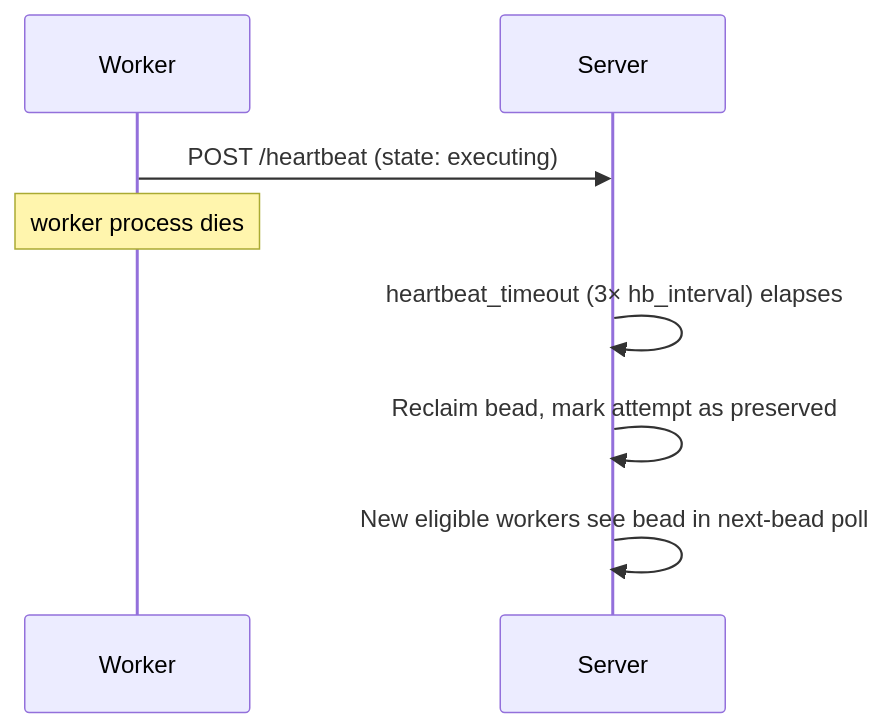
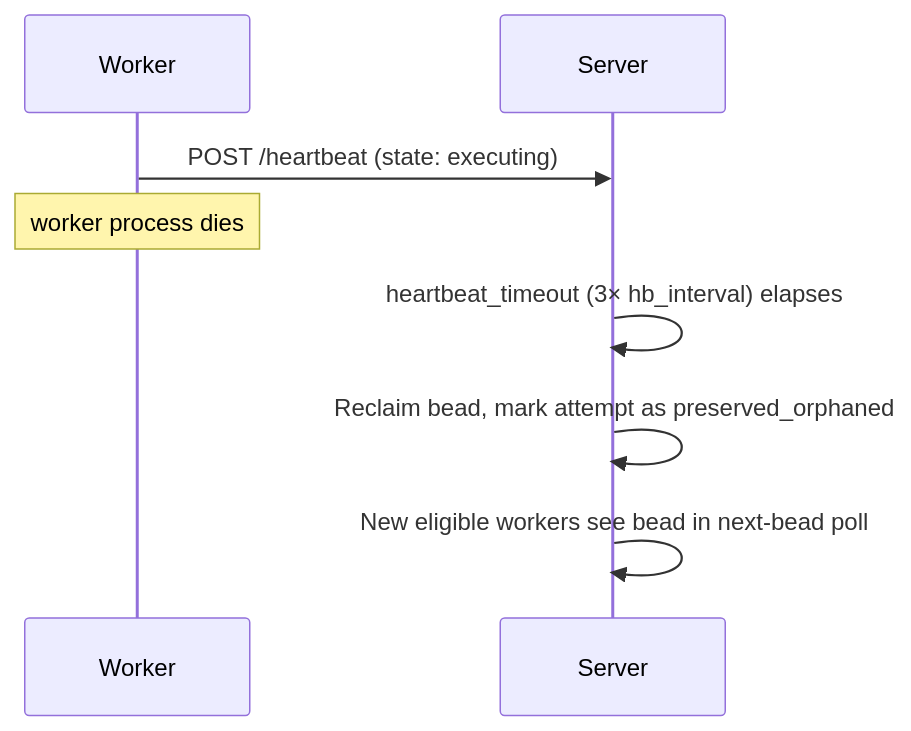
The fourth of 5 diagrams in docs/helix/02-design/adr/ADR-022-worker-client-server-architecture.md (DocumentDrivenDX/ddx), drawn with Mermaid before and after one commit. The commit also changed other lines of this file, not shown here.

````diff
--- a/docs/helix/02-design/adr/ADR-022-worker-client-server-architecture.md
+++ b/docs/helix/02-design/adr/ADR-022-worker-client-server-architecture.md
@@ -348,10 +552,10 @@
 ```mermaid
 sequenceDiagram
   participant W as Worker
   participant S as Server
   W->>S: POST /heartbeat (state: executing)
   Note over W: worker process dies
   S->>S: heartbeat_timeout (3× hb_interval) elapses
-  S->>S: Reclaim bead, mark attempt as preserved
+  S->>S: Reclaim bead, mark attempt as preserved_orphaned
   S->>S: New eligible workers see bead in next-bead poll
 ```
````
